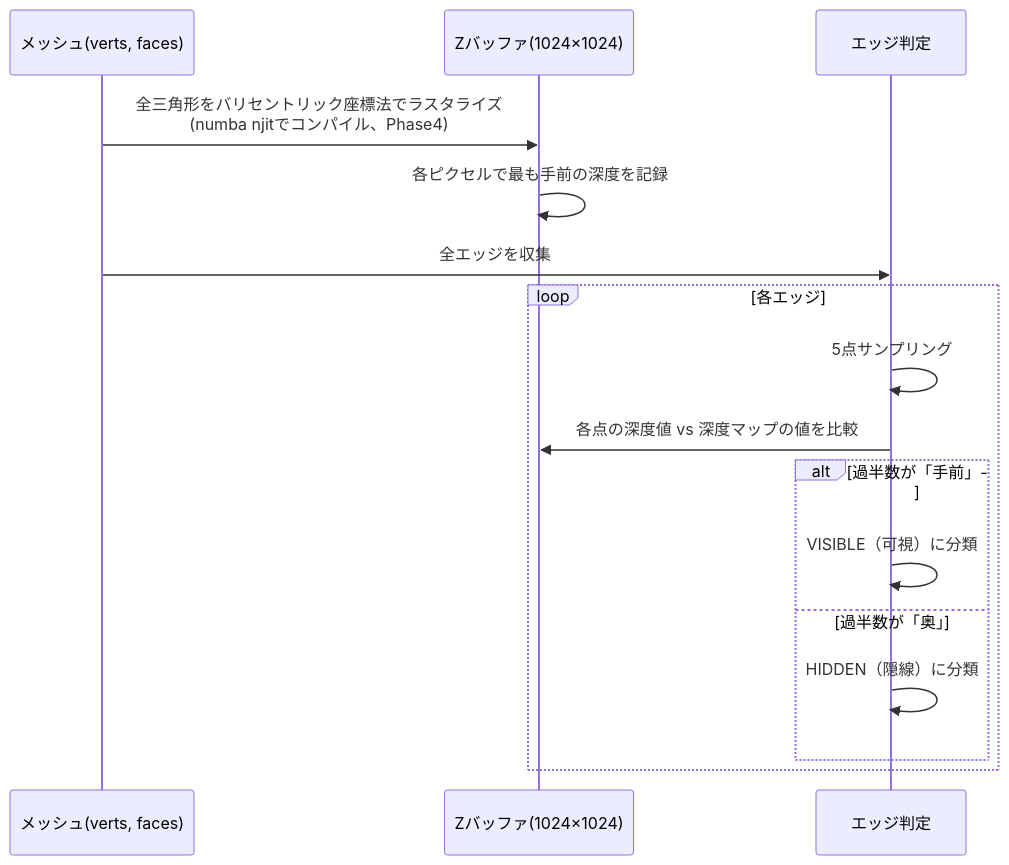
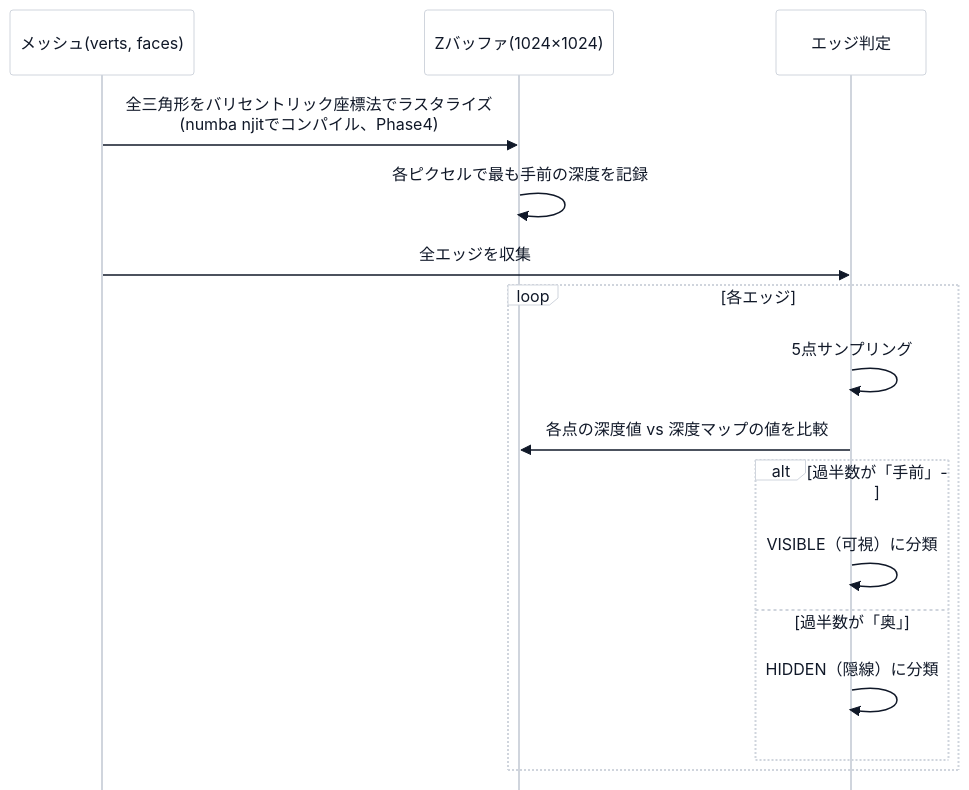
Before and after one commit to manato1201/CADGPUInferenceModeling: the third of 7 diagrams in overview.md, drawn with Mermaid. The commit also changed other lines of this file and 16 other files, not shown here.

Commit message:
docs: 講義 4 回・構成図・簡易の学習資料を追加し、README を入口に整理する

````diff
--- a/overview.md
+++ b/overview.md
@@ -118,19 +120,20 @@
 ```mermaid
+%%{init: {"theme":"base","fontFamily":"Noto Sans JP, Hiragino Sans, Meiryo, sans-serif","themeVariables":{"fontFamily":"Noto Sans JP, Hiragino Sans, Meiryo, sans-serif","primaryColor":"#ffffff","primaryBorderColor":"#d0d5dd","primaryTextColor":"#101828","lineColor":"#667085","clusterBkg":"#f2f4f7","clusterBorder":"#d0d5dd","edgeLabelBackground":"#ffffff"},"flowchart":{"wrappingWidth":480,"nodeSpacing":40,"rankSpacing":56,"padding":14},"sequence":{"mirrorActors":false,"wrap":false,"width":150,"actorMargin":30,"messageMargin":34}}}%%
 sequenceDiagram
     participant M as メッシュ(verts, faces)
     participant Z as Zバッファ(1024×1024)
     participant E as エッジ判定
 
     M->>Z: 全三角形をバリセントリック座標法でラスタライズ<br/>(numba njitでコンパイル、Phase4)
     Z->>Z: 各ピクセルで最も手前の深度を記録
     M->>E: 全エッジを収集
     loop 各エッジ
         E->>E: 5点サンプリング
         E->>Z: 各点の深度値 vs 深度マップの値を比較
         alt 過半数が「手前」
             E->>E: VISIBLE（可視）に分類
         else 過半数が「奥」
             E->>E: HIDDEN（隠線）に分類
         end
     end
 ```
````
